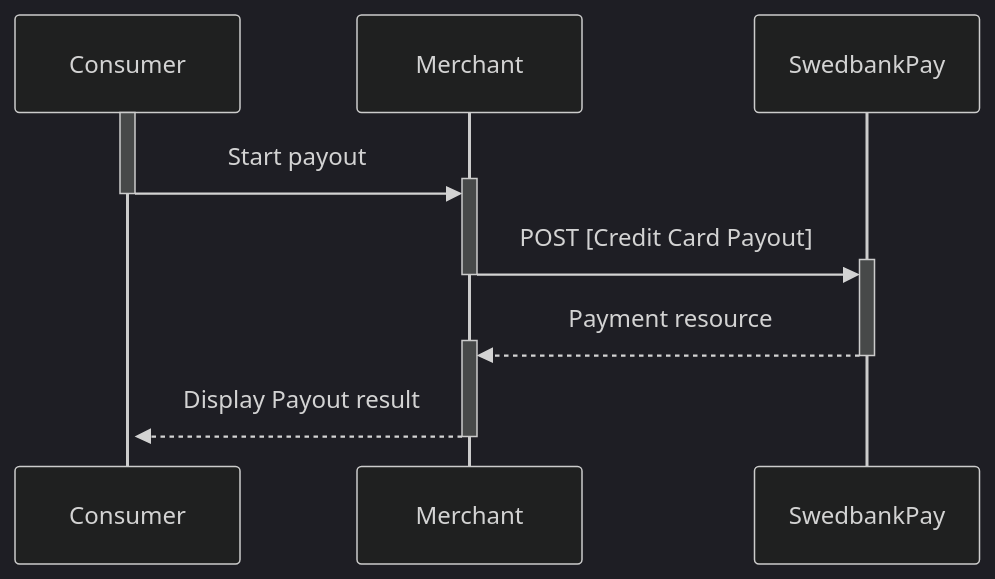
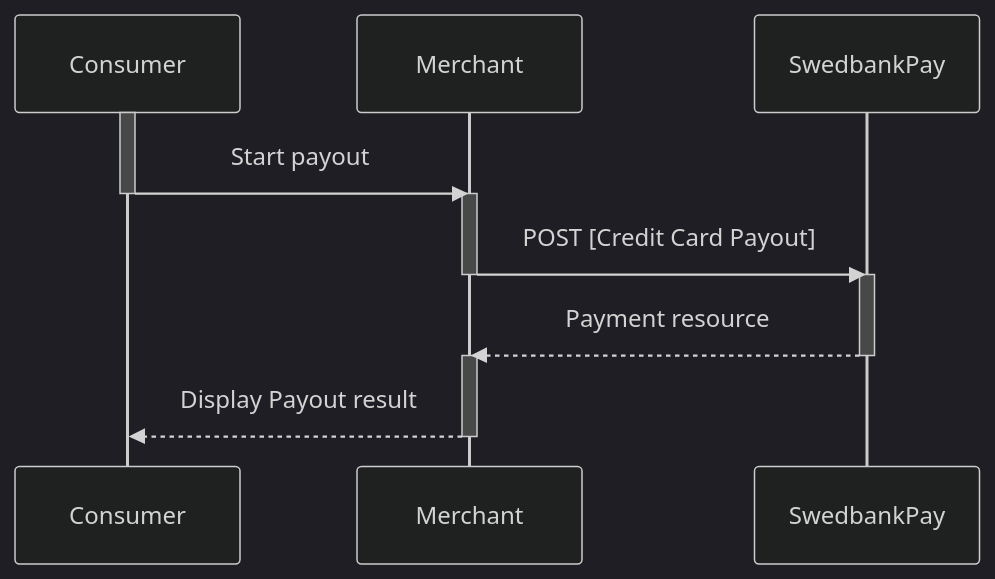
Before and after one commit to SwedbankPay/developer.swedbankpay.com: the diagram in payments/credit-card/other-features.md, drawn with Mermaid (dark theme). The commit also changed other lines of this file and 6 other files, not shown here.

Commit message:
DX-413 fixed tables, added links and fixed diagrams

````diff
--- a/payments/credit-card/other-features.md
+++ b/payments/credit-card/other-features.md
@@ -490,12 +497,11 @@
 ```mermaid
 sequenceDiagram
   activate Consumer
-  Consumer->>+Merchant: Start payout
-  deactivate Consumer
-  Merchant->>+SwedbankPay: POST [Credit Card Payout]
-  deactivate Merchant
-  SwedbankPay-->>+Merchant: Payment resource
-  deactivate SwedbankPay
-  Merchant-->>+Consumer: Display Payout result
-  deactivate Merchant
+  Consumer->>-Merchant: Start payout
+  activate Merchant
+  Merchant->>-SwedbankPay: POST [Credit Card Payout]
+  activate SwedbankPay
+  SwedbankPay-->>-Merchant: Payment resource
+  activate Merchant
+  Merchant-->>-Consumer: Display Payout result
 ```
````
